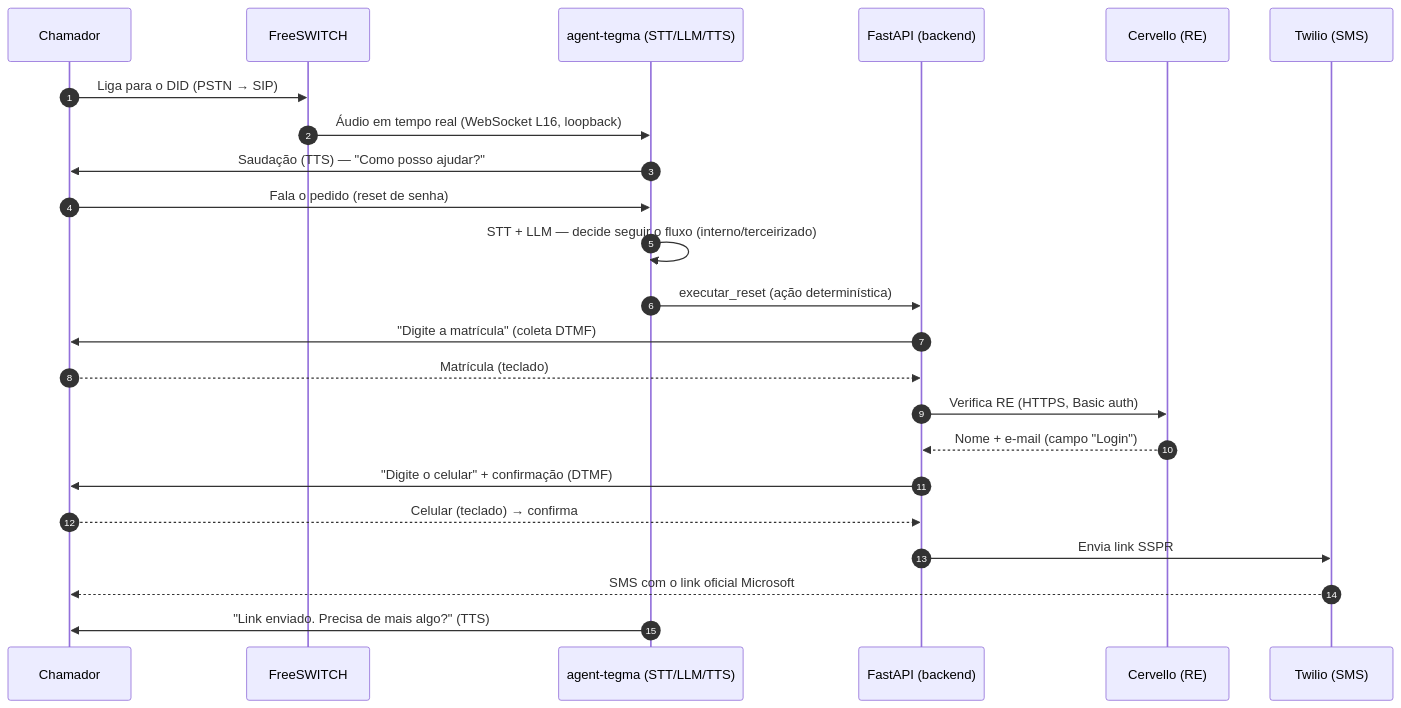
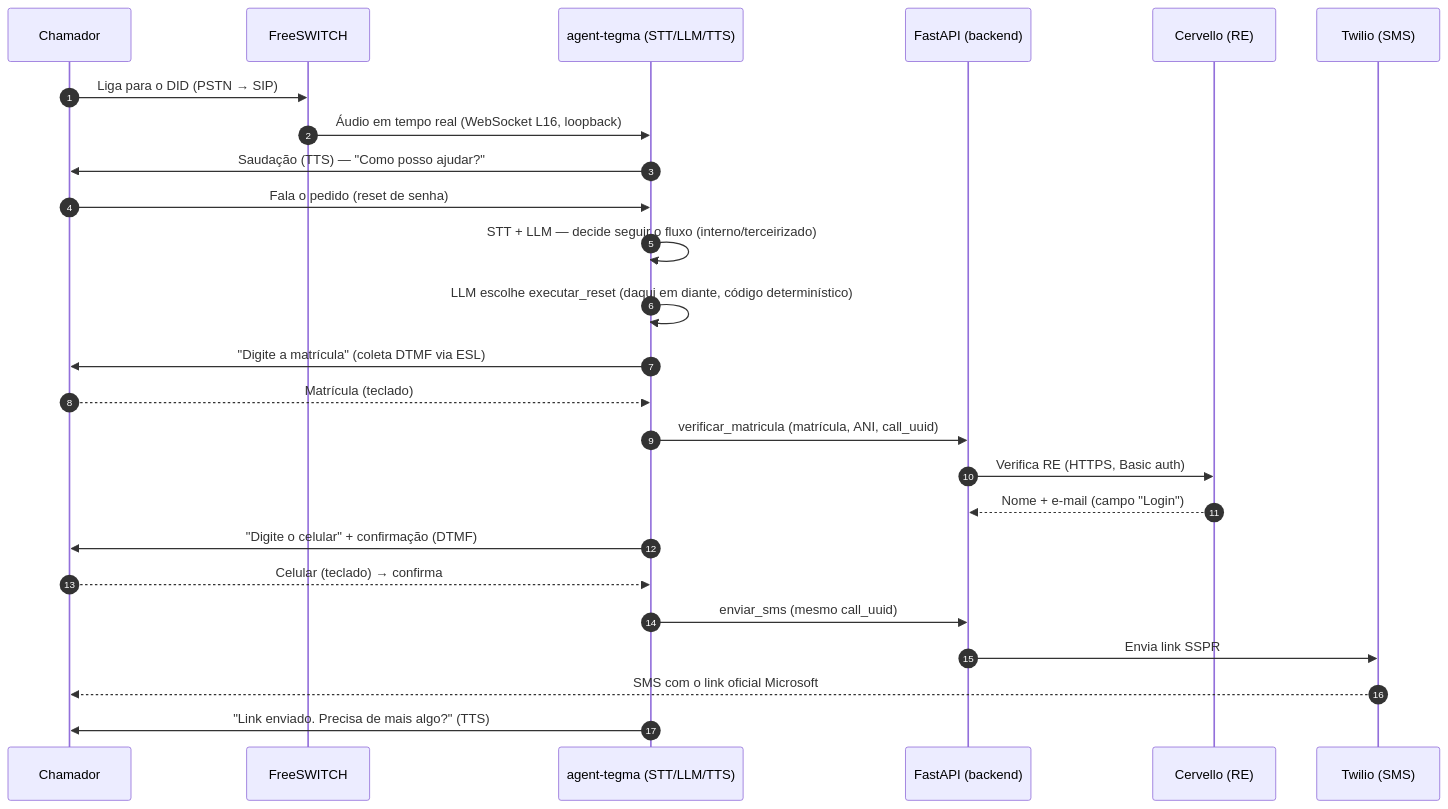
The first of 2 diagrams in docs/modelagem/fluxo-ligacao.md (Elias-dev10/ura-conversacional-docs), drawn with Mermaid before and after one commit. The commit also changed other lines of this file and 7 other files, not shown here.

````diff
--- a/docs/modelagem/fluxo-ligacao.md
+++ b/docs/modelagem/fluxo-ligacao.md
@@ -5,26 +5,28 @@
 ```mermaid
 sequenceDiagram
     autonumber
     participant C as Chamador
     participant FS as FreeSWITCH
     participant MB as agent-tegma (STT/LLM/TTS)
     participant API as FastAPI (backend)
     participant CV as Cervello (RE)
     participant TW as Twilio (SMS)
 
     C->>FS: Liga para o DID (PSTN → SIP)
     FS->>MB: Áudio em tempo real (WebSocket L16, loopback)
     MB->>C: Saudação (TTS) — "Como posso ajudar?"
     C->>MB: Fala o pedido (reset de senha)
     MB->>MB: STT + LLM — decide seguir o fluxo (interno/terceirizado)
-    MB->>API: executar_reset (ação determinística)
-    API->>C: "Digite a matrícula" (coleta DTMF)
-    C-->>API: Matrícula (teclado)
+    MB->>MB: LLM escolhe executar_reset (daqui em diante, código determinístico)
+    MB->>C: "Digite a matrícula" (coleta DTMF via ESL)
+    C-->>MB: Matrícula (teclado)
+    MB->>API: verificar_matricula (matrícula, ANI, call_uuid)
     API->>CV: Verifica RE (HTTPS, Basic auth)
     CV-->>API: Nome + e-mail (campo "Login")
-    API->>C: "Digite o celular" + confirmação (DTMF)
-    C-->>API: Celular (teclado) → confirma
+    MB->>C: "Digite o celular" + confirmação (DTMF)
+    C-->>MB: Celular (teclado) → confirma
+    MB->>API: enviar_sms (mesmo call_uuid)
     API->>TW: Envia link SSPR
     TW-->>C: SMS com o link oficial Microsoft
     MB->>C: "Link enviado. Precisa de mais algo?" (TTS)
 ```
````
